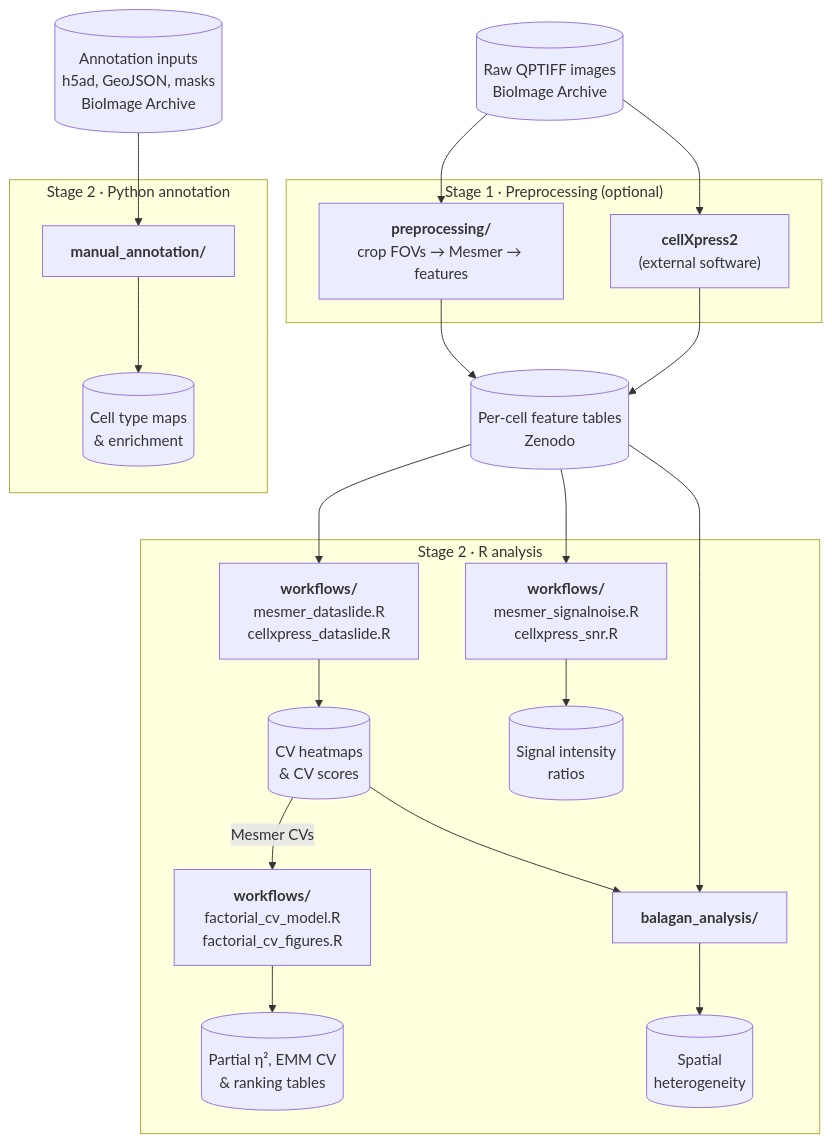
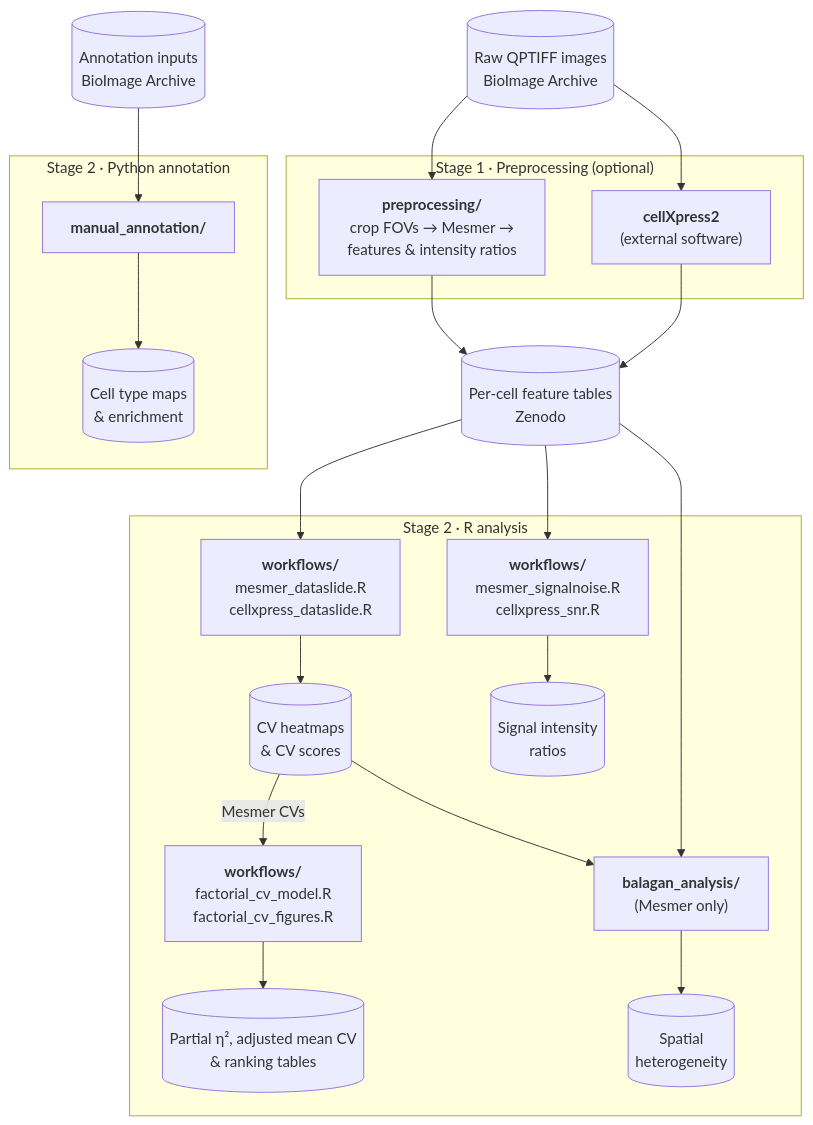
One commit to SizunJiangLab/Benchmarking_tissue_preparation changed the diagram in README.md. Above: the diagram before and after it, drawn with Mermaid.

Commit message:
Diagram: note intensity ratios and Mesmer-only Balagan; use adjusted mean CV

````diff
--- a/README.md
+++ b/README.md
@@ -72,33 +72,33 @@
 ```mermaid
 flowchart TD
     A[("Raw QPTIFF images<br/>BioImage Archive")]
-    D[("Annotation inputs<br/>h5ad, GeoJSON, masks<br/>BioImage Archive")]
+    D[("Annotation inputs<br/>BioImage Archive")]
 
     subgraph S1["Stage 1 · Preprocessing (optional)"]
-        B["<b>preprocessing/</b><br/>crop FOVs → Mesmer → features"]
+        B["<b>preprocessing/</b><br/>crop FOVs → Mesmer →<br/>features & intensity ratios"]
         X["<b>cellXpress2</b><br/>(external software)"]
     end
 
     A --> B & X
     B --> C[("Per-cell feature tables<br/>Zenodo")]
     X --> C
 
     subgraph S2["Stage 2 · R analysis"]
         G["<b>workflows/</b><br/>mesmer_dataslide.R<br/>cellxpress_dataslide.R"]
         I["<b>workflows/</b><br/>mesmer_signalnoise.R<br/>cellxpress_snr.R"]
         N["<b>workflows/</b><br/>factorial_cv_model.R<br/>factorial_cv_figures.R"]
-        Q["<b>balagan_analysis/</b>"]
+        Q["<b>balagan_analysis/</b><br/>(Mesmer only)"]
         G --> J[("CV heatmaps<br/>& CV scores")]
-        J -- Mesmer CVs --> N --> P[("Partial η², EMM CV<br/>& ranking tables")]
+        J -- Mesmer CVs --> N --> P[("Partial η², adjusted mean CV<br/>& ranking tables")]
         I --> K[("Signal intensity<br/>ratios")]
         J --> Q
         Q --> R[("Spatial<br/>heterogeneity")]
     end
 
     subgraph S3["Stage 2 · Python annotation"]
         M["<b>manual_annotation/</b>"] --> L[("Cell type maps<br/>& enrichment")]
     end
 
     C --> G & I & Q
     D --> M
 ```
````
